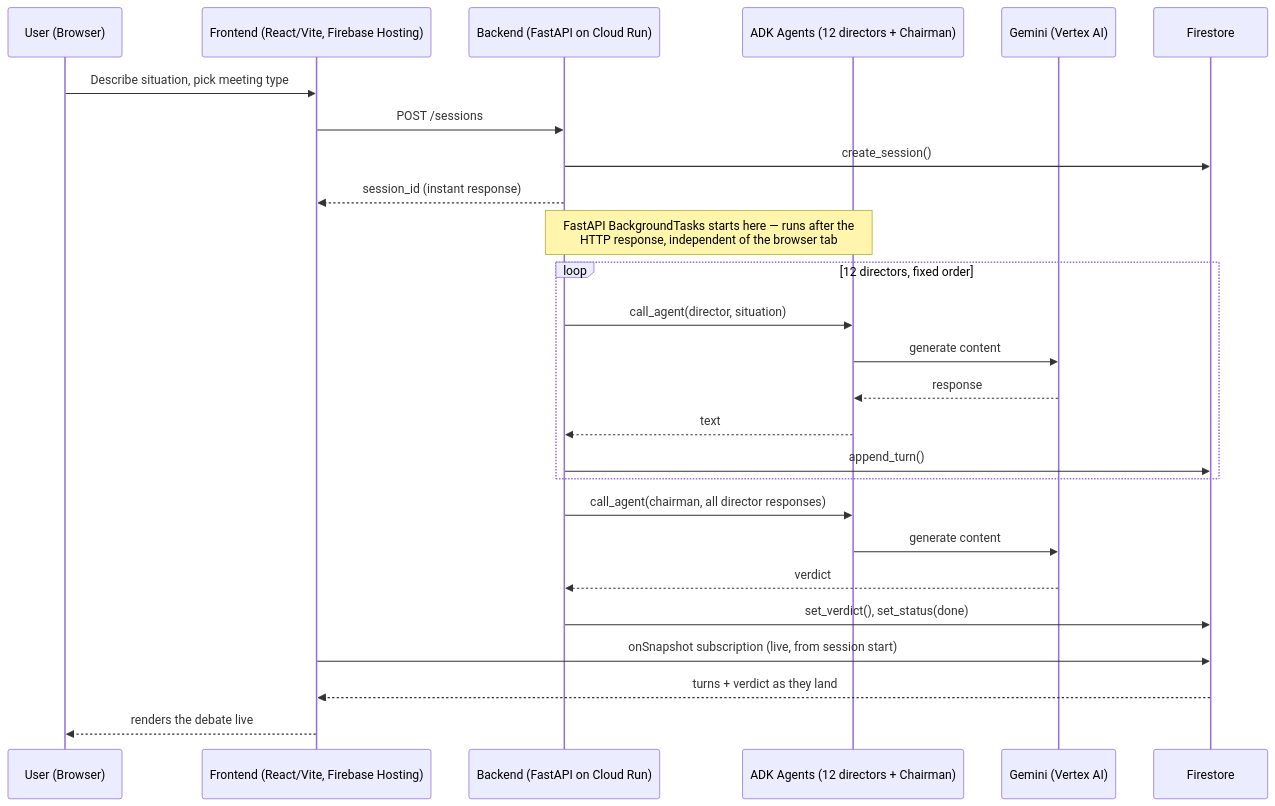
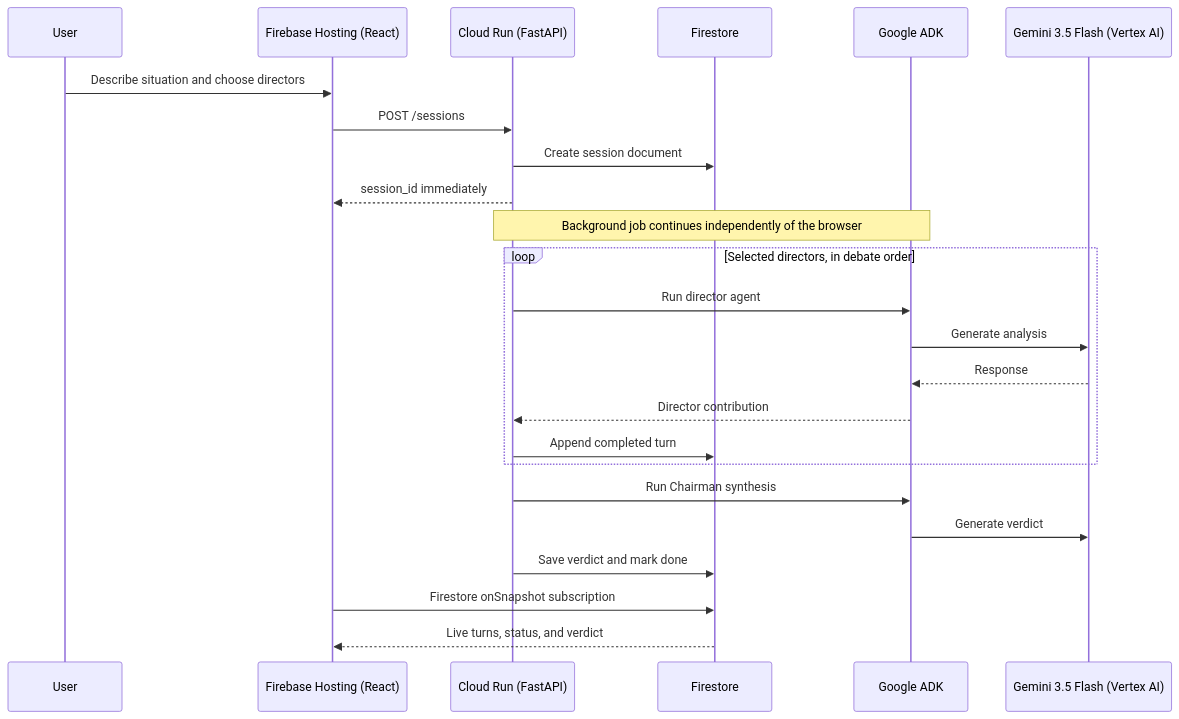
One commit to JotaEse68/junta-directiva-hackathon changed the diagram in docs/architecture.md. Above: the diagram before and after it, drawn with Mermaid. The commit also changed other lines of this file and 27 other files, not shown here.

````diff
--- a/docs/architecture.md
+++ b/docs/architecture.md
@@ -15,29 +10,27 @@
 ```mermaid
 sequenceDiagram
-    participant U as User (Browser)
-    participant FE as Frontend (React/Vite, Firebase Hosting)
-    participant BE as Backend (FastAPI on Cloud Run)
-    participant ADK as ADK Agents (12 directors + Chairman)
-    participant Gemini as Gemini (Vertex AI)
+    participant U as User
+    participant FE as Firebase Hosting (React)
+    participant BE as Cloud Run (FastAPI)
     participant FS as Firestore
+    participant ADK as Google ADK
+    participant G as Gemini 3.5 Flash (Vertex AI)
 
-    U->>FE: Describe situation, pick meeting type
+    U->>FE: Describe situation and choose directors
     FE->>BE: POST /sessions
-    BE->>FS: create_session()
-    BE-->>FE: session_id (instant response)
-    Note over BE,ADK: FastAPI BackgroundTasks starts here — runs after the<br/>HTTP response, independent of the browser tab
-    loop 12 directors, fixed order
-        BE->>ADK: call_agent(director, situation)
-        ADK->>Gemini: generate content
-        Gemini-->>ADK: response
-        ADK-->>BE: text
-        BE->>FS: append_turn()
+    BE->>FS: Create session document
+    BE-->>FE: session_id immediately
+    Note over BE,ADK: Background job continues independently of the browser
+    loop Selected directors, in debate order
+        BE->>ADK: Run director agent
+        ADK->>G: Generate analysis
+        G-->>ADK: Response
+        ADK-->>BE: Director contribution
+        BE->>FS: Append completed turn
     end
-    BE->>ADK: call_agent(chairman, all director responses)
-    ADK->>Gemini: generate content
-    Gemini-->>BE: verdict
-    BE->>FS: set_verdict(), set_status(done)
-    FE->>FS: onSnapshot subscription (live, from session start)
-    FS-->>FE: turns + verdict as they land
-    FE-->>U: renders the debate live
+    BE->>ADK: Run Chairman synthesis
+    ADK->>G: Generate verdict
+    BE->>FS: Save verdict and mark done
+    FE->>FS: Firestore onSnapshot subscription
+    FS-->>FE: Live turns, status, and verdict
 ```
````
